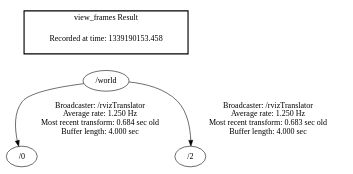
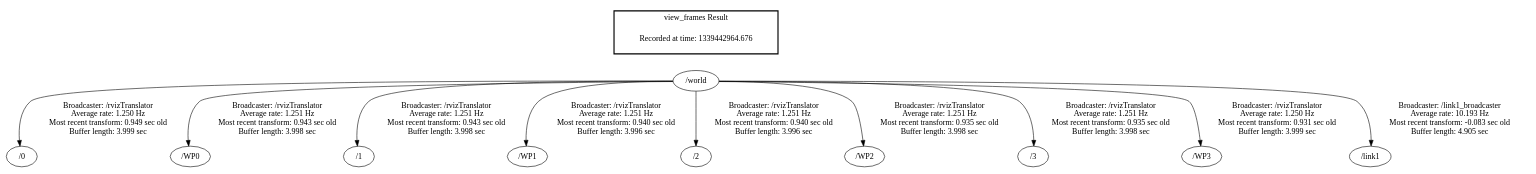
Before and after one commit to mhromatka/Team-IV: the diagram in ros/AU_UAV_stack/AU_UAV_ROS/frames.gv, drawn with Graphviz. The commit also changed 269 other files, not shown here.

```diff
--- a/ros/AU_UAV_stack/AU_UAV_ROS/frames.gv
+++ b/ros/AU_UAV_stack/AU_UAV_ROS/frames.gv
@@ -1,8 +1,15 @@
 digraph G {
-"/world" -> "/0"[label="Broadcaster: /rvizTranslator\nAverage rate: 1.250 Hz\nMost recent transform: 0.684 sec old \nBuffer length: 4.000 sec\n"];
-"/world" -> "/2"[label="Broadcaster: /rvizTranslator\nAverage rate: 1.250 Hz\nMost recent transform: 0.683 sec old \nBuffer length: 4.000 sec\n"];
+"/world" -> "/0"[label="Broadcaster: /rvizTranslator\nAverage rate: 1.250 Hz\nMost recent transform: 0.949 sec old \nBuffer length: 3.999 sec\n"];
+"/world" -> "/WP0"[label="Broadcaster: /rvizTranslator\nAverage rate: 1.251 Hz\nMost recent transform: 0.943 sec old \nBuffer length: 3.998 sec\n"];
+"/world" -> "/1"[label="Broadcaster: /rvizTranslator\nAverage rate: 1.251 Hz\nMost recent transform: 0.943 sec old \nBuffer length: 3.998 sec\n"];
+"/world" -> "/WP1"[label="Broadcaster: /rvizTranslator\nAverage rate: 1.251 Hz\nMost recent transform: 0.940 sec old \nBuffer length: 3.996 sec\n"];
+"/world" -> "/2"[label="Broadcaster: /rvizTranslator\nAverage rate: 1.251 Hz\nMost recent transform: 0.940 sec old \nBuffer length: 3.996 sec\n"];
+"/world" -> "/WP2"[label="Broadcaster: /rvizTranslator\nAverage rate: 1.251 Hz\nMost recent transform: 0.935 sec old \nBuffer length: 3.998 sec\n"];
+"/world" -> "/3"[label="Broadcaster: /rvizTranslator\nAverage rate: 1.251 Hz\nMost recent transform: 0.935 sec old \nBuffer length: 3.998 sec\n"];
+"/world" -> "/WP3"[label="Broadcaster: /rvizTranslator\nAverage rate: 1.250 Hz\nMost recent transform: 0.931 sec old \nBuffer length: 3.999 sec\n"];
+"/world" -> "/link1"[label="Broadcaster: /link1_broadcaster\nAverage rate: 10.193 Hz\nMost recent transform: -0.083 sec old \nBuffer length: 4.905 sec\n"];
 edge [style=invis];
  subgraph cluster_legend { style=bold; color=black; label ="view_frames Result";
-"Recorded at time: 1339190153.458"[ shape=plaintext ] ;
+"Recorded at time: 1339442964.676"[ shape=plaintext ] ;
  }->"/world";
 }
```
